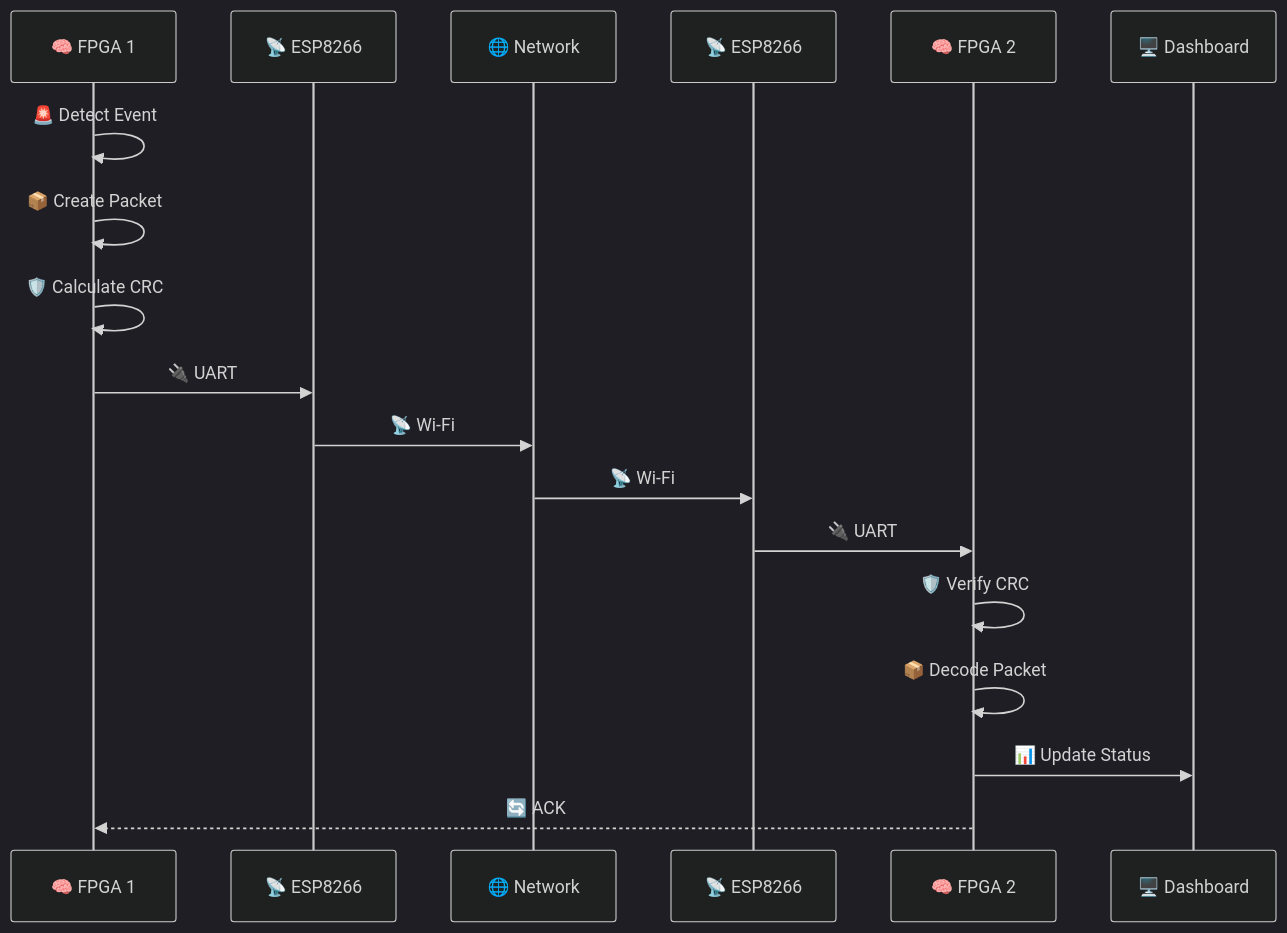
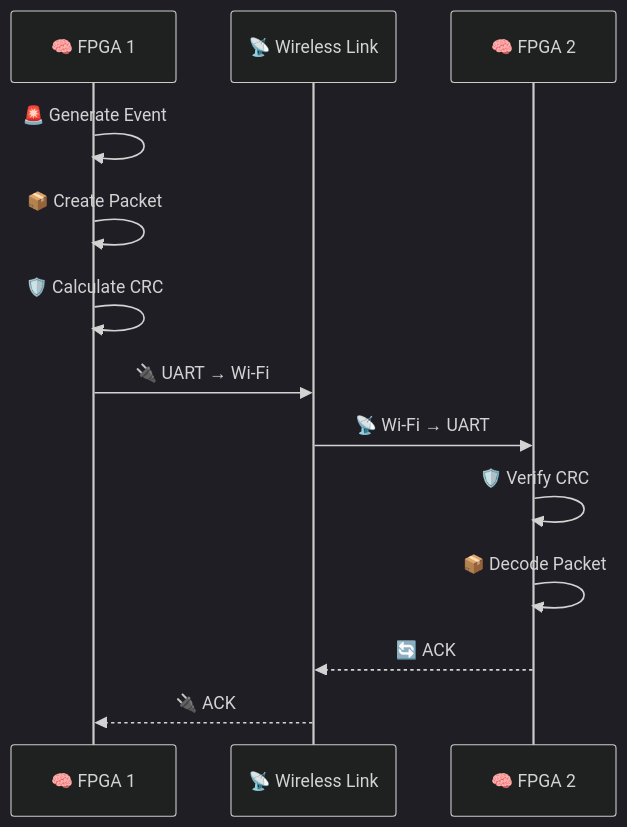
One commit to Shraddhadubey09/FPGA-Based-Real-Time-Industrial-Control-over-Wireless-Networks changed the second of 2 diagrams in README.md. Above: the diagram before and after it, drawn with Mermaid (dark theme). The commit also changed other lines of this file, not shown here.

````diff
--- a/README.md
+++ b/README.md
@@ -170,22 +76,16 @@
 ```mermaid
 sequenceDiagram
+    participant F1 as 🧠 FPGA 1
+    participant W as 📡 Wireless Link
+    participant F2 as 🧠 FPGA 2
 
-    participant F1 as 🧠 FPGA 1
-    participant E1 as 📡 ESP8266
-    participant N as 🌐 Network
-    participant E2 as 📡 ESP8266
-    participant F2 as 🧠 FPGA 2
-    participant D as 🖥️ Dashboard
-
-    F1->>F1: 🚨 Detect Event
+    F1->>F1: 🚨 Generate Event
     F1->>F1: 📦 Create Packet
     F1->>F1: 🛡️ Calculate CRC
-    F1->>E1: 🔌 UART
-    E1->>N: 📡 Wi-Fi
-    N->>E2: 📡 Wi-Fi
-    E2->>F2: 🔌 UART
+    F1->>W: 🔌 UART → Wi-Fi
+    W->>F2: 📡 Wi-Fi → UART
     F2->>F2: 🛡️ Verify CRC
     F2->>F2: 📦 Decode Packet
-    F2->>D: 📊 Update Status
-    F2-->>F1: 🔄 ACK
+    F2-->>W: 🔄 ACK
+    W-->>F1: 🔌 ACK
 ```
````
